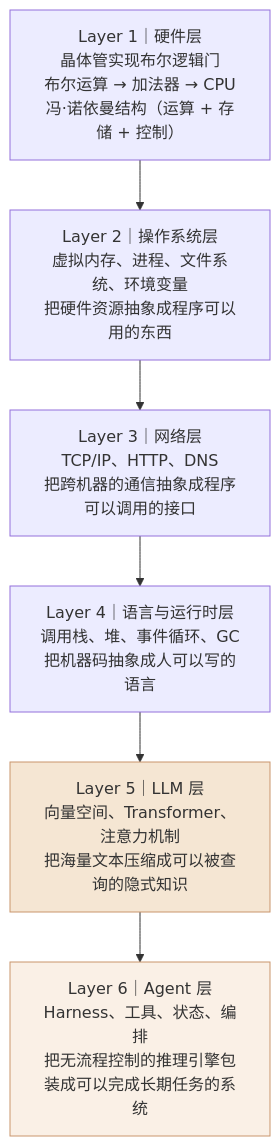
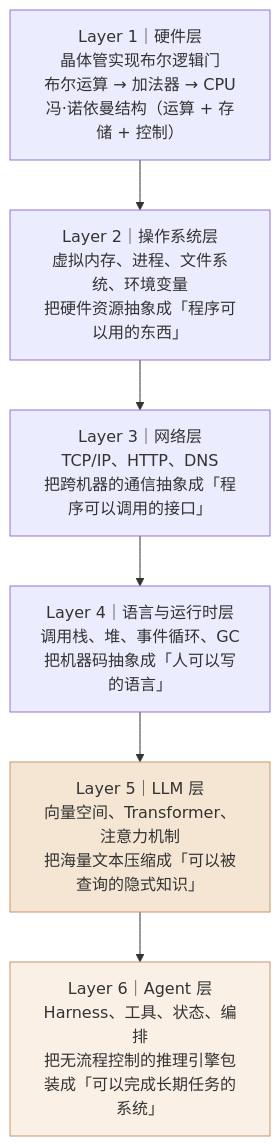
One commit to huasanai/huasan.dev changed the second of 7 diagrams in src/content/writing/boolean-to-harness.md. Above: the diagram before and after it, drawn with Mermaid. The commit also changed other lines of this file, not shown here.

Commit message:
fix(boolean-to-harness): 修复 mermaid 嵌套引号导致的图渲染失败 + 单波浪号删除线

````diff
--- a/src/content/writing/boolean-to-harness.md
+++ b/src/content/writing/boolean-to-harness.md
@@ -78,14 +78,14 @@
 ```mermaid
 flowchart TB
     L1["Layer 1｜硬件层\n晶体管实现布尔逻辑门\n布尔运算 → 加法器 → CPU\n冯·诺依曼结构（运算 + 存储 + 控制）"]
-    L2["Layer 2｜操作系统层\n虚拟内存、进程、文件系统、环境变量\n把硬件资源抽象成"程序可以用的东西""]
-    L3["Layer 3｜网络层\nTCP/IP、HTTP、DNS\n把跨机器的通信抽象成"程序可以调用的接口""]
-    L4["Layer 4｜语言与运行时层\n调用栈、堆、事件循环、GC\n把机器码抽象成"人可以写的语言""]
-    L5["Layer 5｜LLM 层\n向量空间、Transformer、注意力机制\n把海量文本压缩成"可以被查询的隐式知识""]
-    L6["Layer 6｜Agent 层\nHarness、工具、状态、编排\n把无流程控制的推理引擎包装成"可以完成长期任务的系统""]
+    L2["Layer 2｜操作系统层\n虚拟内存、进程、文件系统、环境变量\n把硬件资源抽象成「程序可以用的东西」"]
+    L3["Layer 3｜网络层\nTCP/IP、HTTP、DNS\n把跨机器的通信抽象成「程序可以调用的接口」"]
+    L4["Layer 4｜语言与运行时层\n调用栈、堆、事件循环、GC\n把机器码抽象成「人可以写的语言」"]
+    L5["Layer 5｜LLM 层\n向量空间、Transformer、注意力机制\n把海量文本压缩成「可以被查询的隐式知识」"]
+    L6["Layer 6｜Agent 层\nHarness、工具、状态、编排\n把无流程控制的推理引擎包装成「可以完成长期任务的系统」"]
 
     L1 --> L2 --> L3 --> L4 --> L5 --> L6
 
     style L5 fill:#f5e6d3,stroke:#c9956c
     style L6 fill:#faf0e6,stroke:#c9956c
 ```
````
